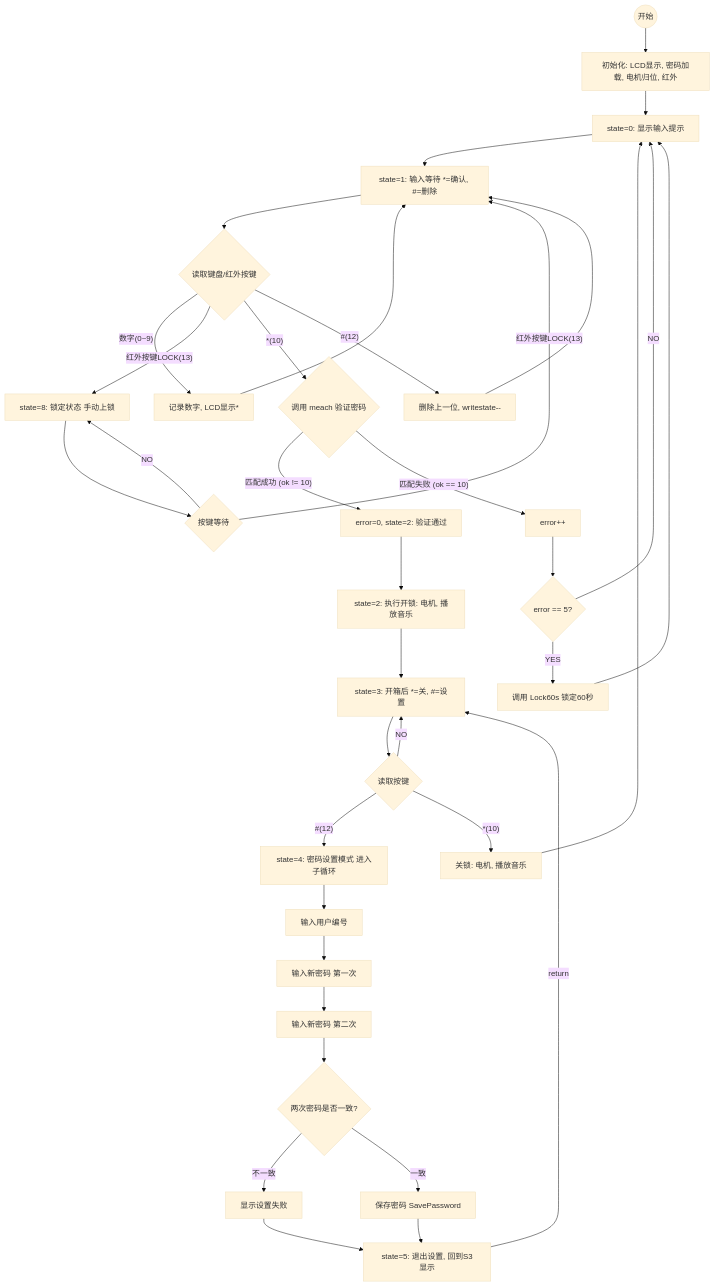
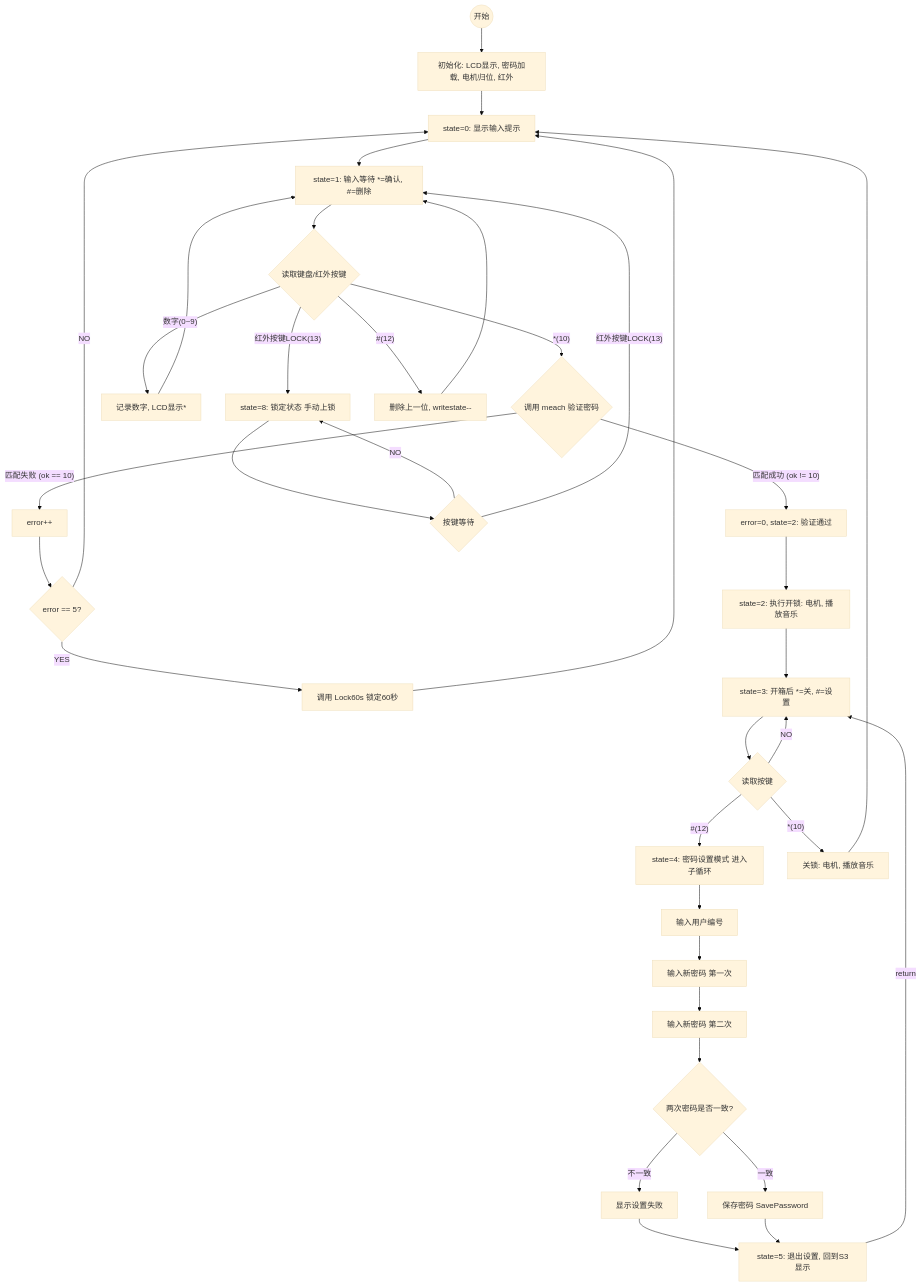
One commit to ksxyh-22/iodraw-files changed the diagram in all/未命名-2.md. Above: the diagram before and after it, drawn with Mermaid (base theme).

Commit message:
2025-10-11 11:19:23 update

````diff
--- a/all/未命名-2.md
+++ b/all/未命名-2.md
@@ -1,78 +1,78 @@
 ```mermaid
 graph TD
     %% 状态机主流程
     START((开始)) --> INIT[初始化: LCD显示, 密码加载, 电机归位, 红外];
     INIT --> S0[state=0: 显示输入提示];
 
     %% 状态 1: 密码输入与验证 (主流程)
     S0 --> S1[state=1: 输入等待 *=确认, #=删除];
     
     S1 --> INPUT{读取键盘/红外按键};
     
-    %% 处理输入分支
-    INPUT -- 数字(0~9) --> DIGIT[记录数字, LCD显示*];
-    DIGIT --> S1;
+   
 
     
     %% 手动锁定 (分支到右侧)
     INPUT -- 红外按键LOCK(13) --> S8;
     
+     %% 处理输入分支
+    INPUT -- 数字(0~9) --> DIGIT[记录数字, LCD显示*];
+    DIGIT --> S1;
 
 
 
-    
     %% 验证分支
     INPUT -- *(10) --> VERIFY{调用 meach 验证密码};
 
     INPUT -- #(12) --> DELETE[删除上一位, writestate--];
     DELETE --> S1;
 
     
     VERIFY -- 匹配成功 (ok != 10) --> S2_SUCCESS[error=0, state=2: 验证通过];
     
     %% 失败和错误处理 (分支到右侧)
     VERIFY -- 匹配失败 (ok == 10) --> ERROR_COUNT[error++];
     
     ERROR_COUNT --> CHECK_ERRORS{error == 5?};
     
     CHECK_ERRORS -- NO --> S0;
 
     CHECK_ERRORS -- YES --> LOCK_60s[调用 Lock60s 锁定60秒];
     LOCK_60s --> S0;
 
     %% 状态 2, 3, 5: 开锁后的操作 (主流程)
     S2_SUCCESS --> S2_OPEN[state=2: 执行开锁: 电机, 播放音乐];
     S2_OPEN --> S3[state=3: 开箱后 *=关, #=设置];
 
     S3 --> POST_KEY{读取按键};
     
     POST_KEY -- NO --> S3;
     
     POST_KEY -- #(12) --> S4[state=4: 密码设置模式 进入子循环];
 
     POST_KEY -- *(10) --> S3_CLOSE[关锁: 电机, 播放音乐];
     S3_CLOSE --> S0;
     
     
 
     %% 状态 4: 密码设置 (子流程)
     S4 --> S4_USER[输入用户编号];
     S4_USER --> S4_PASS1[输入新密码 第一次];
     S4_PASS1 --> S4_PASS2[输入新密码 第二次];
 
     S4_PASS2 --> S4_CHECK{两次密码是否一致?};
     
     S4_CHECK -- 不一致 --> S4_FAIL[显示设置失败];
     S4_FAIL --> S5[state=5: 退出设置, 回到S3显示];
 
     S4_CHECK -- 一致 --> S4_SAVE[保存密码 SavePassword];
     S4_SAVE --> S5;
     
     S5 -- return --> S3; 
     
     %% 状态 8: 锁定状态 (独立循环)
     S8[state=8: 锁定状态 手动上锁] --> S8_WAIT{按键等待};
     
     S8_WAIT -- NO --> S8;
     S8_WAIT -- 红外按键LOCK(13) --> S1;
 ```
````
